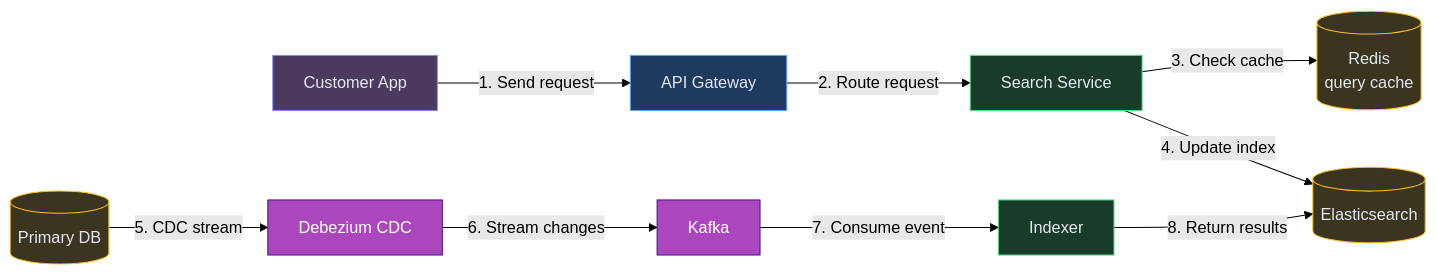
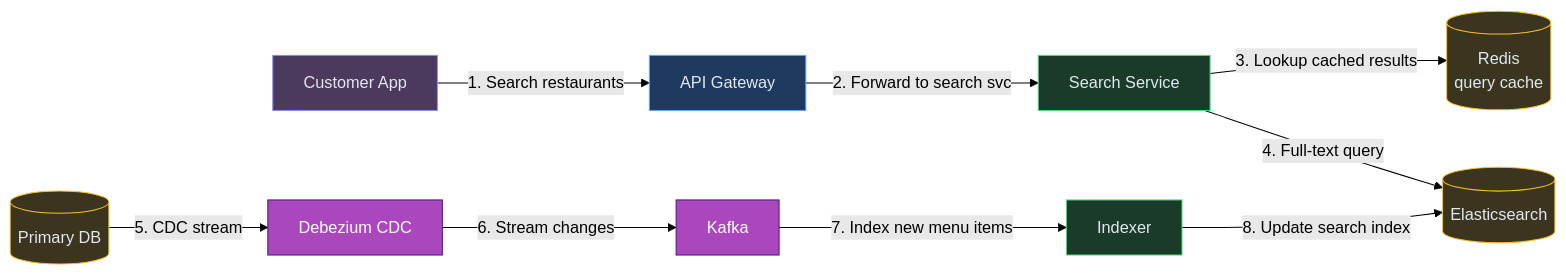
The sixth of 12 diagrams in content/hld/Zomato.md (iluzn/HLD-Designs), drawn with Mermaid (forest theme) before and after one commit. The commit also changed other lines of this file and 27 other files, not shown here.

````diff
--- a/content/hld/Zomato.md
+++ b/content/hld/Zomato.md
@@ -464,27 +464,27 @@
 ```mermaid
 flowchart LR
     CUST["Customer App"]:::client
     GW["API Gateway"]:::edge
     SEARCH["Search Service"]:::service
     REDIS[("Redis<br/>query cache")]:::data
     ES[("Elasticsearch")]:::data
     RDB[("Primary DB")]:::data
     CDC["Debezium CDC"]:::async
     K["Kafka"]:::async
     IDX["Indexer"]:::service
 
-    CUST -->|"1. Send request"| GW
-    GW -->|"2. Route request"| SEARCH
-    SEARCH -->|"3. Check cache"| REDIS
-    SEARCH -->|"4. Update index"| ES
+    CUST -->|"1. Search restaurants"| GW
+    GW -->|"2. Forward to search svc"| SEARCH
+    SEARCH -->|"3. Lookup cached results"| REDIS
+    SEARCH -->|"4. Full-text query"| ES
     RDB -->|"5. CDC stream"| CDC
     CDC -->|"6. Stream changes"| K
-    K -->|"7. Consume event"| IDX
-    IDX -->|"8. Return results"| ES
+    K -->|"7. Index new menu items"| IDX
+    IDX -->|"8. Update search index"| ES
 
     classDef client fill:#4c3a5e,stroke:#818cf8,color:#e2e8f0
     classDef edge fill:#1e3a5f,stroke:#60a5fa,color:#e2e8f0
     classDef service fill:#1a3a2a,stroke:#4ade80,color:#e2e8f0
     classDef async fill:#AB47BC,stroke:#4A148C,color:#fff
     classDef data fill:#3b3520,stroke:#fbbf24,color:#e2e8f0
 ```
````
